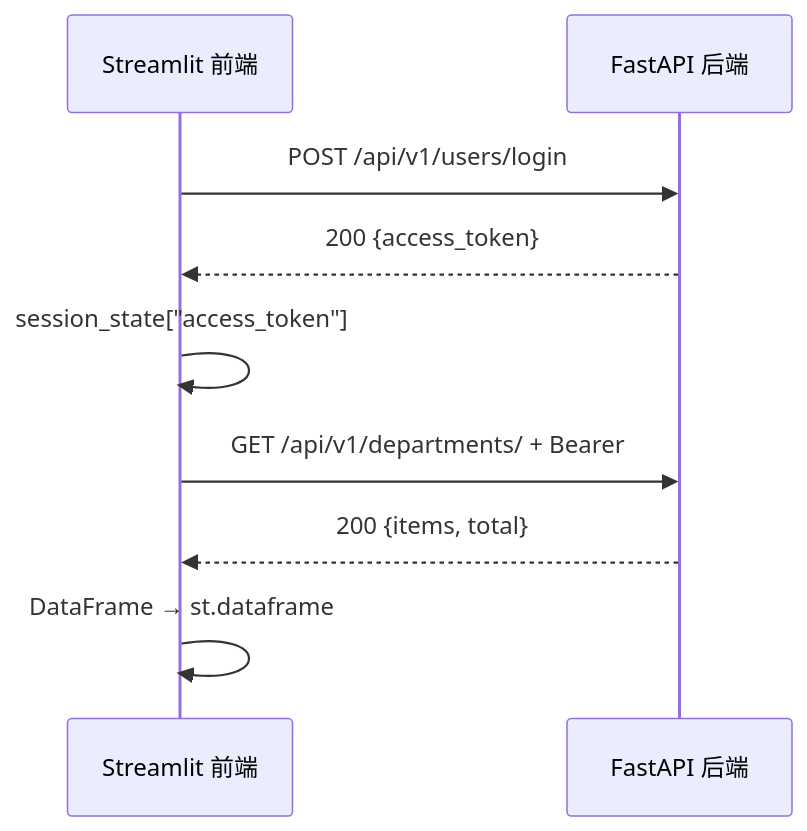
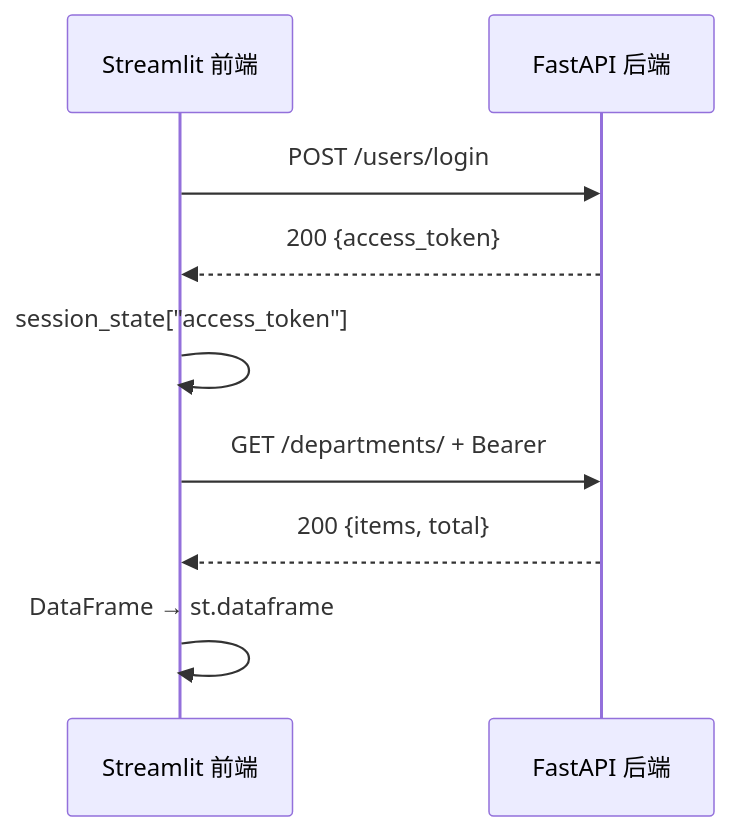
The diagram in 软件工程实践-2.0/16-数据读取与展示.md (PrinZzzzjn/software-engineering-textbook), drawn with Mermaid before and after one commit. The commit also changed other lines of this file and 372 other files, not shown here.

````diff
--- a/软件工程实践-2.0/16-数据读取与展示.md
+++ b/软件工程实践-2.0/16-数据读取与展示.md
@@ -272,11 +272,11 @@
 ```mermaid
 sequenceDiagram
     participant F as Streamlit 前端
     participant B as FastAPI 后端
-    F->>B: POST /api/v1/users/login
+    F->>B: POST /users/login
     B-->>F: 200 {access_token}
     F->>F: session_state["access_token"]
-    F->>B: GET /api/v1/departments/ + Bearer
+    F->>B: GET /departments/ + Bearer
     B-->>F: 200 {items, total}
     F->>F: DataFrame → st.dataframe
 ```
````
